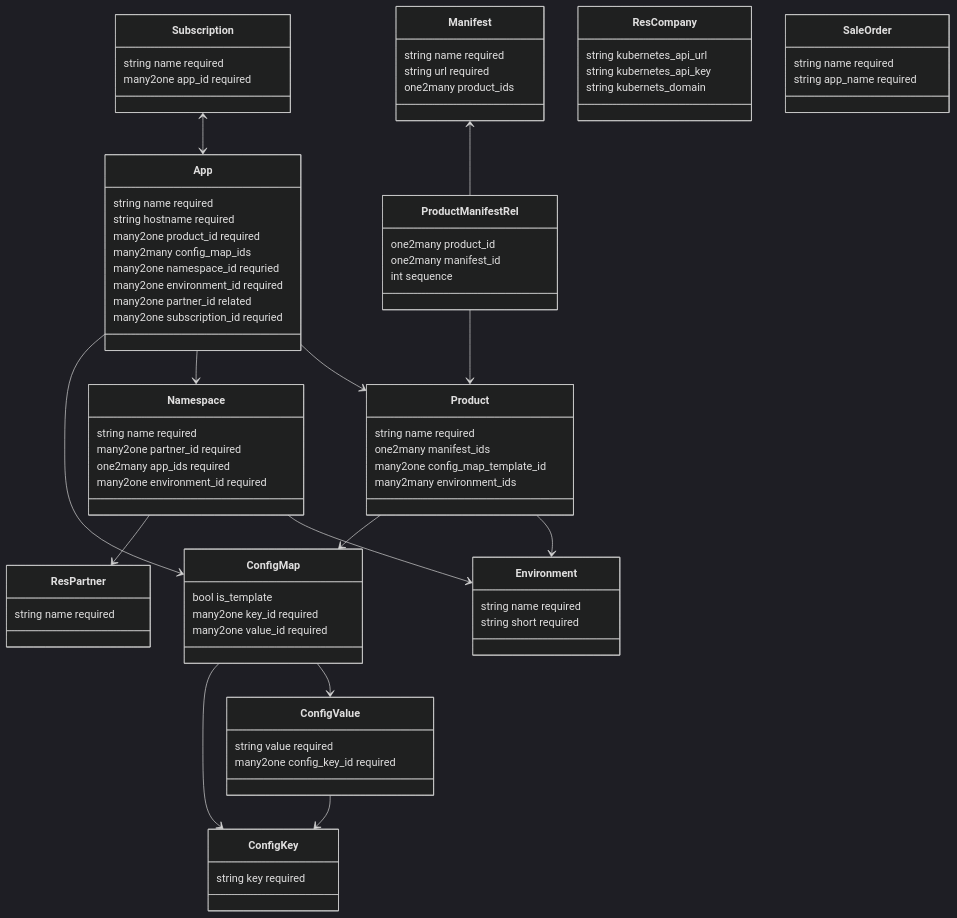
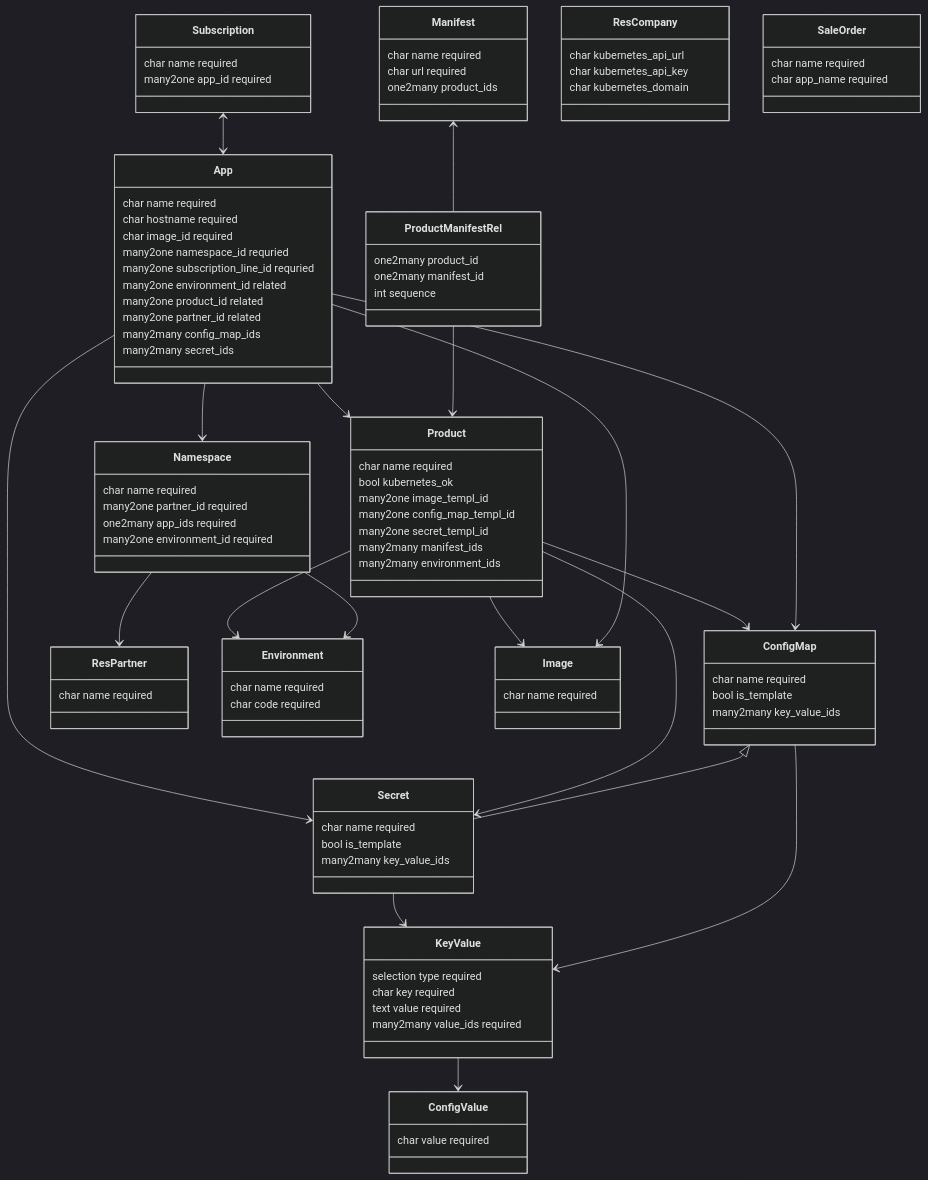
One commit to Mint-System/Wiki changed the diagram in Specification Website Sale Kubernetes Subscription OCA.md. Above: the diagram before and after it, drawn with Mermaid (dark theme). The commit also changed other lines of this file, not shown here.

Commit message:
vault backup: 2024-11-08 08:14:07

````diff
--- a/Specification Website Sale Kubernetes Subscription OCA.md
+++ b/Specification Website Sale Kubernetes Subscription OCA.md
@@ -23,9 +23,8 @@
 ```mermaid
 classDiagram
     App --> ConfigMap
-    ConfigMap --> ConfigKey
-    ConfigMap --> ConfigValue
-    ConfigValue --> ConfigKey
+    ConfigMap --> KeyValue
+    KeyValue --> ConfigValue
     App --> Namespace
     Manifest <-- ProductManifestRel
     ProductManifestRel --> Product
@@ -35,81 +34,109 @@
     Namespace --> Environment
     Product --> Environment
     App --> Product
+    App --> Image
+    Product --> Image
+    ConfigMap <|--Secret
+    Product --> Secret
+    App --> Secret
+    Secret --> KeyValue
 
     class App{
-      string name required
-      string hostname required
-      many2one product_id required
-      many2many config_map_ids
-      many2one namespace_id requried
-      many2one environment_id required
-      many2one partner_id related
-      many2one subscription_id requried
+		char name required
+		char hostname required
+		char image_id required
+		
+		many2one namespace_id requried
+		many2one subscription_line_id requried
+
+		many2one environment_id related
+		many2one product_id related
+		many2one partner_id related
+		
+		many2many config_map_ids
+		many2many secret_ids
     }
 
     class ResCompany{
-      string kubernetes_api_url
-      string kubernetes_api_key
-      string kubernets_domain
+		char kubernetes_api_url
+		char kubernetes_api_key
+		char kubernetes_domain
+    }
+
+    class Image{
+		char name required
     }
 
     class ConfigMap{
-      bool is_template
-      many2one key_id required
-      many2one value_id required
+		char name required
+		bool is_template
+		many2many key_value_ids
+    }
+    
+    class Secret{
+		char name required
+		bool is_template
+		many2many key_value_ids
     }
 
-    class ConfigKey{
-      string key required
-    }
+	class KeyValue{
+		selection type required
+		char key required
+		text value required
+		many2many value_ids required
+	}
 
     class ConfigValue{
-      string value required
-      many2one config_key_id required
+		char value required 
     }
 
     class Namespace{
-      string name required
-      many2one partner_id required
-      one2many app_ids required
-      many2one environment_id required
+		char name required
+		many2one partner_id required
+		one2many app_ids required
+		many2one environment_id required
     }
 
     class Environment{
-      string name required
-      string short required
+		char name required
+		char code required
     }
 
     class ResPartner{
-      string name required
+		char name required
     }
 
     class Manifest{
-      string name required
-      string url required
-      one2many product_ids
+		char name required
+		char url required
+		one2many product_ids
     }
 
     class Product{
-      string name required
-      one2many manifest_ids
-      many2one config_map_template_id
-      many2many environment_ids
+		char name required
+		bool kubernetes_ok
+		
+		many2one image_templ_id
+		many2one config_map_templ_id
+		many2one secret_templ_id
+		
+		many2many manifest_ids
+		many2many environment_ids
     }
 
     class ProductManifestRel{
-      one2many product_id
-      one2many manifest_id
-      int sequence
+		one2many product_id
+		one2many manifest_id
+		int sequence
     }
 
     class Subscription{
-      string name required
-      many2one app_id required
+		char name required
+		many2one app_id required
     }
 
     class SaleOrder{
-      string name required
-      string app_name required
+		char name required
+		char app_name required
     }
 ```
````
